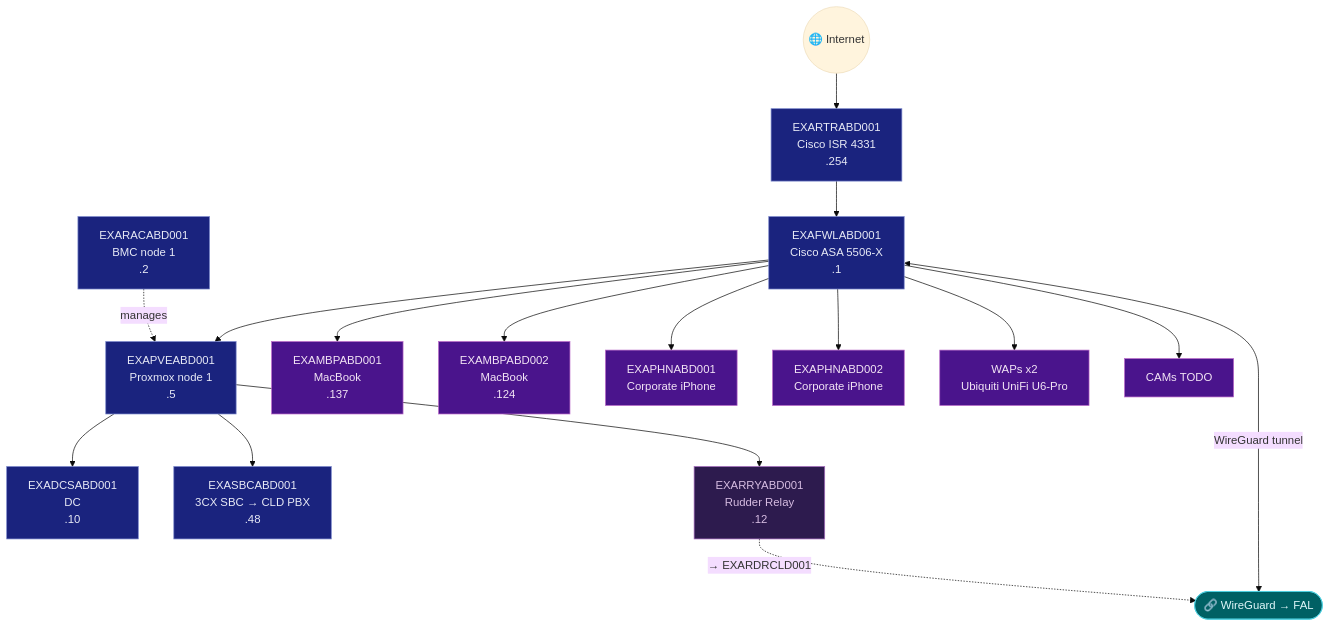
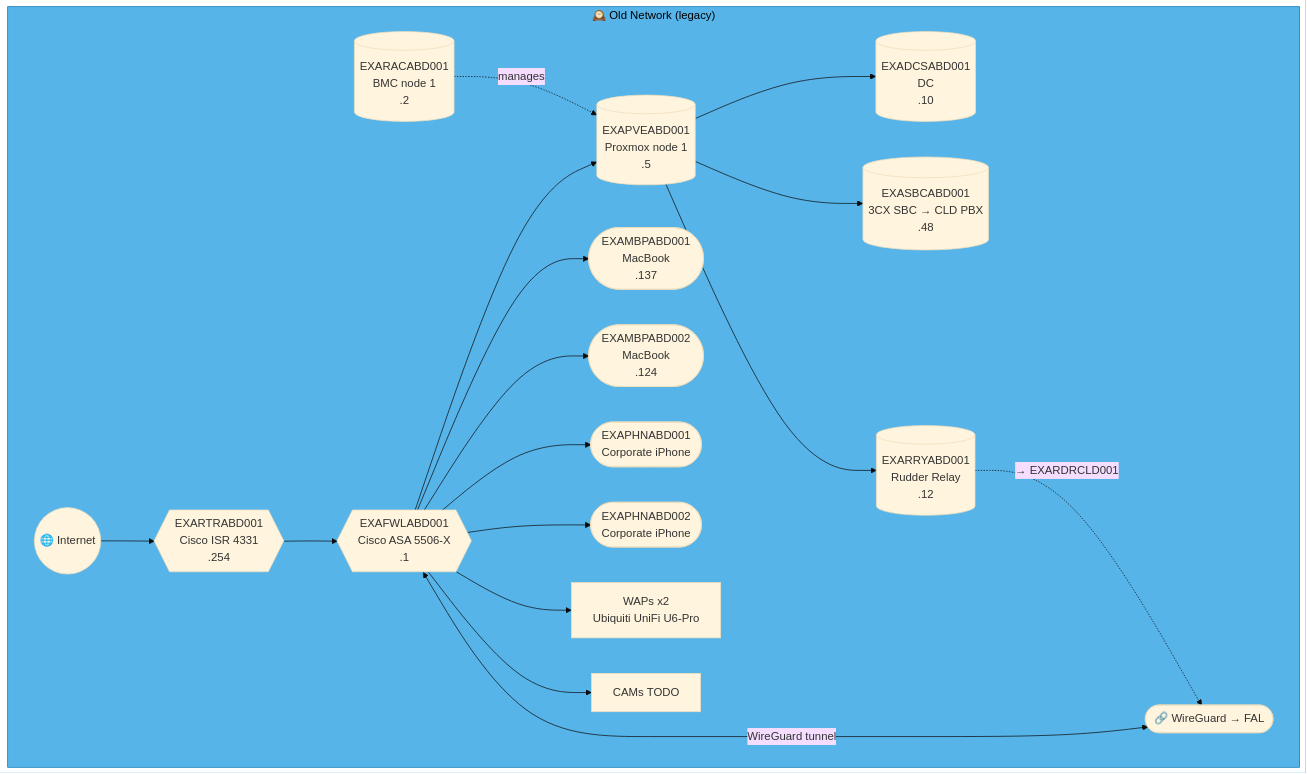
Before and after one commit to knightmare2600/example_music_infra: the eighth of 47 diagrams in docs/network-diagram.md, drawn with Mermaid (base theme). The commit also changed other lines of this file and 2 other files, not shown here.

````diff
--- a/docs/network-diagram.md
+++ b/docs/network-diagram.md
@@ -483,37 +470,30 @@
 ```mermaid
 graph TD
-    INET(("🌐 Internet"))
-    FWL["EXAFWLABD001<br/>Cisco ASA 5506-X<br/>.1"]
-    RTR["EXARTRABD001<br/>Cisco ISR 4331<br/>.254"]
-    RAC["EXARACABD001<br/>BMC node 1<br/>.2"]
-    PVE["EXAPVEABD001<br/>Proxmox node 1<br/>.5"]
-    DC["EXADCSABD001<br/>DC<br/>.10"]
-    SBC["EXASBCABD001<br/>3CX SBC → CLD PBX<br/>.48"]
-    RRY["EXARRYABD001<br/>Rudder Relay<br/>.12"]
-    MBP1["EXAMBPABD001<br/>MacBook<br/>.137"]
-    MBP2["EXAMBPABD002<br/>MacBook<br/>.124"]
-    PHN1["EXAPHNABD001<br/>Corporate iPhone"]
-    PHN2["EXAPHNABD002<br/>Corporate iPhone"]
-    WAP["WAPs x2<br/>Ubiquiti UniFi U6-Pro"]
-    CAM["CAMs TODO"]
-    VPN(["🔗 WireGuard → FAL"])
+    subgraph OLD_ABD ["🕰️ Old Network (legacy)"]
+      INET(("🌐 Internet"))
+      FWL{{"EXAFWLABD001<br/>Cisco ASA 5506-X<br/>.1"}}
+      RTR{{"EXARTRABD001<br/>Cisco ISR 4331<br/>.254"}}
+      RAC[("EXARACABD001<br/>BMC node 1<br/>.2")]
+      PVE[("EXAPVEABD001<br/>Proxmox node 1<br/>.5")]
+      DC[("EXADCSABD001<br/>DC<br/>.10")]
+      SBC[("EXASBCABD001<br/>3CX SBC → CLD PBX<br/>.48")]
+      RRY[("EXARRYABD001<br/>Rudder Relay<br/>.12")]
+      MBP1(["EXAMBPABD001<br/>MacBook<br/>.137"])
+      MBP2(["EXAMBPABD002<br/>MacBook<br/>.124"])
+      PHN1(["EXAPHNABD001<br/>Corporate iPhone"])
+      PHN2(["EXAPHNABD002<br/>Corporate iPhone"])
+      WAP["WAPs x2<br/>Ubiquiti UniFi U6-Pro"]
+      CAM["CAMs TODO"]
+      VPN(["🔗 WireGuard → FAL"])
 
-    INET --> RTR --> FWL --> PVE
-    PVE --> DC & SBC
-    RAC -.->|"manages"| PVE
-    FWL --> MBP1 & MBP2 & PHN1 & PHN2 & WAP & CAM
-    FWL <-->|"WireGuard tunnel"| VPN
+      INET --> RTR --> FWL --> PVE
+      PVE --> DC & SBC
+      RAC -.->|"manages"| PVE
+      FWL --> MBP1 & MBP2 & PHN1 & PHN2 & WAP & CAM
+      FWL <-->|"WireGuard tunnel"| VPN
 
-    PVE --> RRY
-    RRY -. "→ EXARDRCLD001" .-> VPN
-    classDef net fill:#1a237e,stroke:#7986cb,color:#e8eaf6
-    classDef srv fill:#1a237e,stroke:#7986cb,color:#e8eaf6
-    classDef ep fill:#4a148c,stroke:#ba68c8,color:#f3e5f5
-    classDef vpn fill:#006064,stroke:#4dd0e1,color:#e0f7fa
-    classDef rudder fill:#2d1b4e,stroke:#a569bd,color:#d7bde2
-    class FWL,RTR net
-    class PVE,DC,SBC,RAC srv
-    class RRY rudder
-    class MBP1,MBP2,PHN1,PHN2,WAP,CAM ep
-    class VPN vpn
+      PVE --> RRY
+      RRY -. "→ EXARDRCLD001" .-> VPN
+    end
+    style OLD_ABD fill:#56B4E9,stroke:#0072B2,color:#000000
 ```
````
